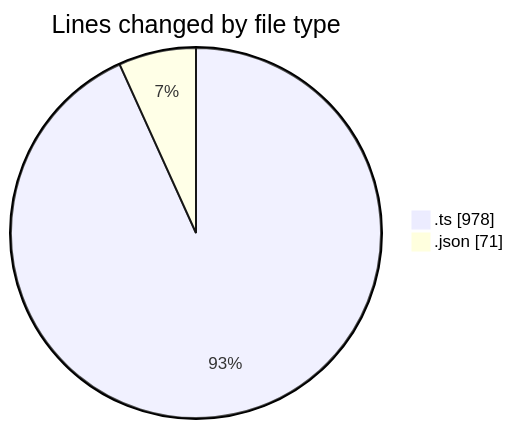
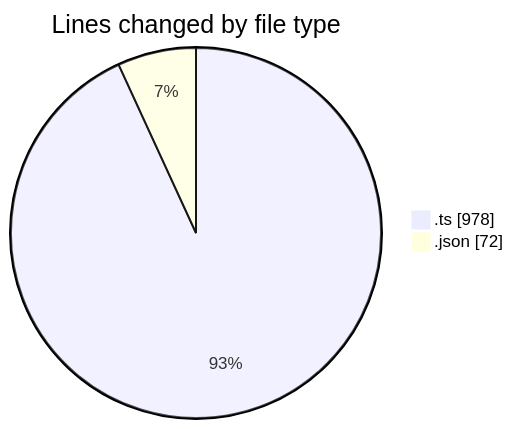
The first of 2 diagrams in 2025-09-10/hiai-phf/README.md (lephambinh05/code-tracking), drawn with Mermaid before and after one commit. The commit also changed other lines of this file and 1 other file, not shown here.

````diff
--- a/2025-09-10/hiai-phf/README.md
+++ b/2025-09-10/hiai-phf/README.md
@@ -23,6 +24,6 @@
 ```mermaid
 pie showData
 title Lines changed by file type
 ".ts" : 978
-".json" : 71
+".json" : 72
 ```
````
